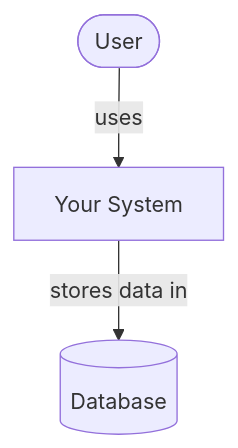
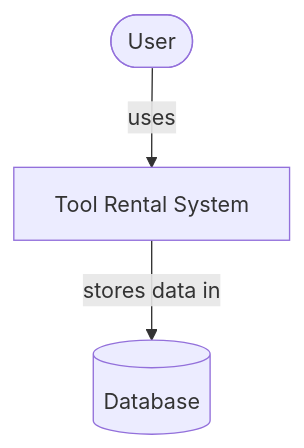
Before and after one commit to friera92/cen5064-project-flores: the first of 4 diagrams in README.md, drawn with Mermaid.

Commit message:
Update system name in context diagram

````diff
--- a/README.md
+++ b/README.md
@@ -49,6 +49,6 @@
 ```mermaid
 %% Replace this placeholder with YOUR system's context diagram.
 flowchart TB
-    user([User]) -->|uses| system[Your System]
+    user([User]) -->|uses| system[Tool Rental System]
     system -->|stores data in| db[(Database)]
 ```
````
